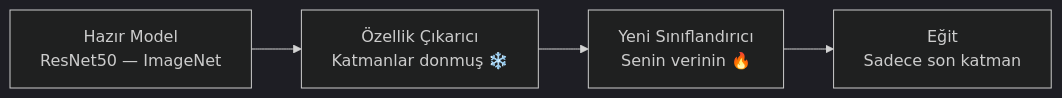
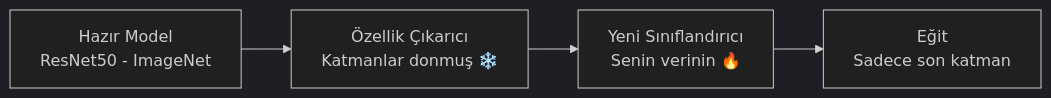
The diagram in docs/md/ai/pytorch.md (serkanMzlm/MechatronicsNotebook), drawn with Mermaid (dark theme) before and after one commit. The commit also changed other lines of this file and 121 other files, not shown here.

````diff
--- a/docs/md/ai/pytorch.md
+++ b/docs/md/ai/pytorch.md
@@ -345,6 +345,6 @@
 ```mermaid
 graph LR
-    A["Hazır Model\nResNet50 — ImageNet"] --> B["Özellik Çıkarıcı\nKatmanlar donmuş ❄️"]
+    A["Hazır Model\nResNet50 - ImageNet"] --> B["Özellik Çıkarıcı\nKatmanlar donmuş ❄️"]
     B --> C["Yeni Sınıflandırıcı\nSenin verinin 🔥"]
     C --> D["Eğit\nSadece son katman"]
 ```
````
